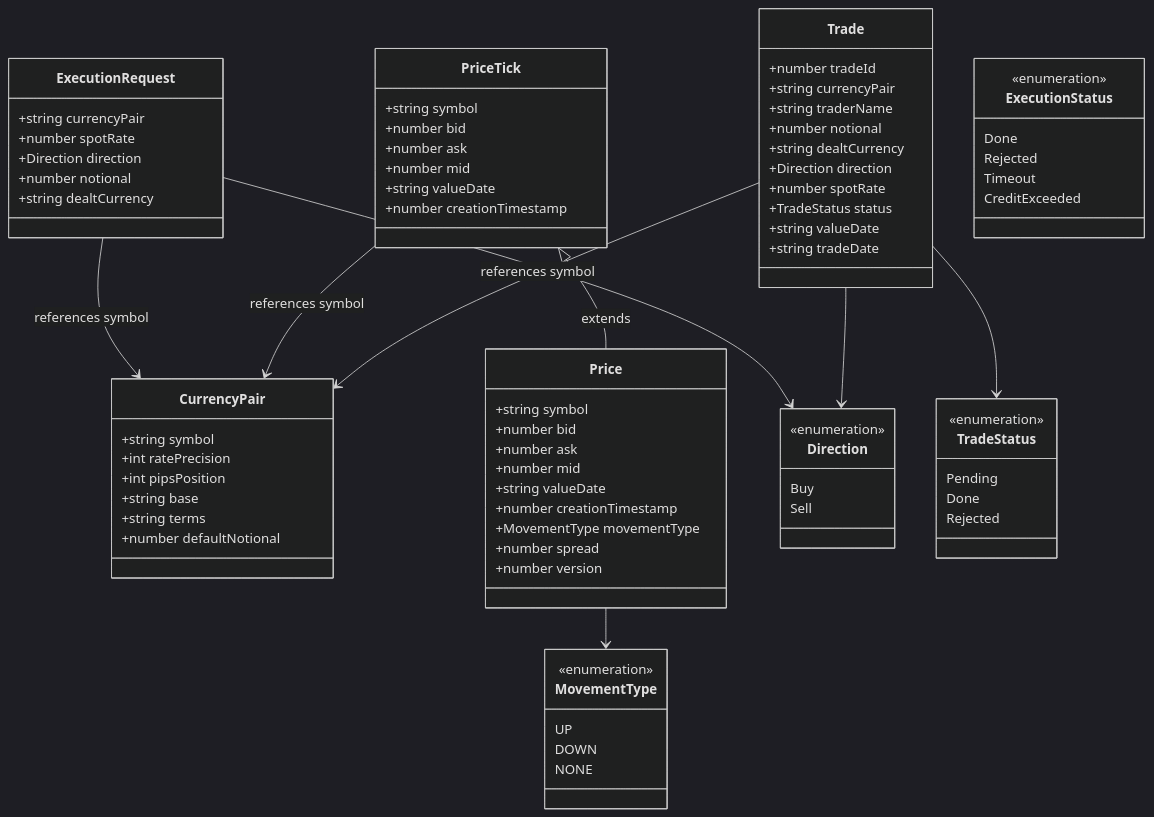
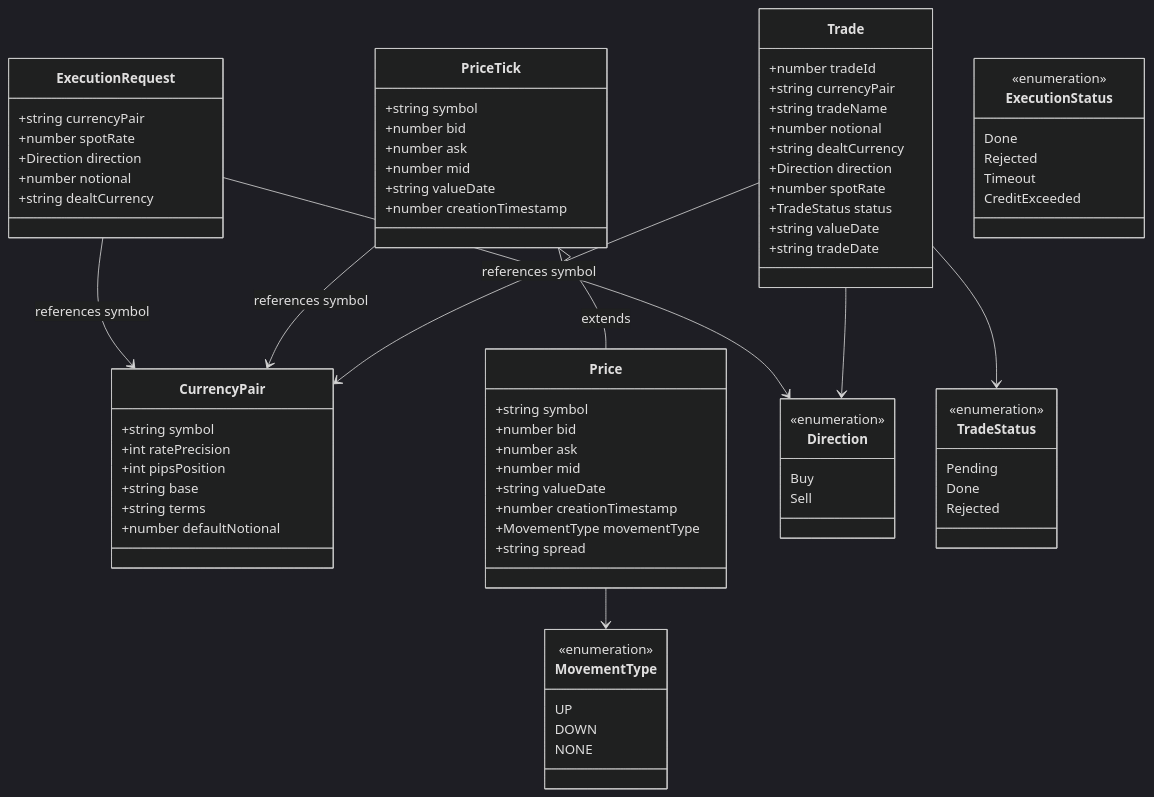
One commit to bettersoftware-io/ReactiveTraderCloudClone changed the sixth of 18 diagrams in docs/architecture.md. Above: the diagram before and after it, drawn with Mermaid (dark theme). The commit also changed other lines of this file and 5 other files, not shown here.

```diff
--- a/docs/architecture.md
+++ b/docs/architecture.md
@@ -299,14 +299,13 @@
         +string valueDate
         +number creationTimestamp
         +MovementType movementType
-        +number spread
-        +number version
+        +string spread
     }
 
     class Trade {
         +number tradeId
         +string currencyPair
-        +string traderName
+        +string tradeName
         +number notional
         +string dealtCurrency
         +Direction direction
```
